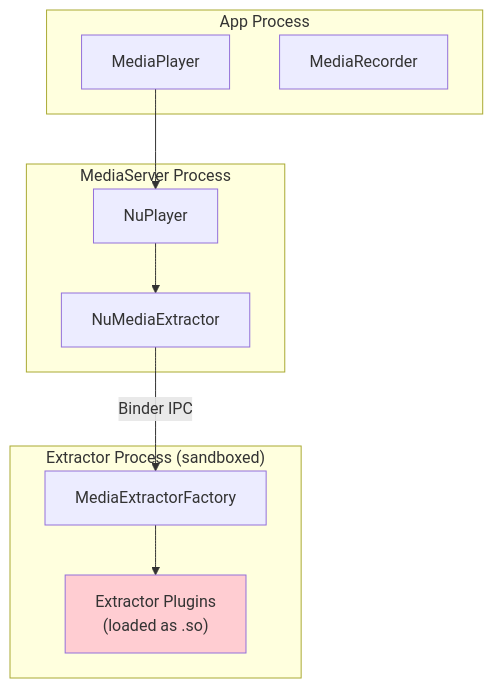
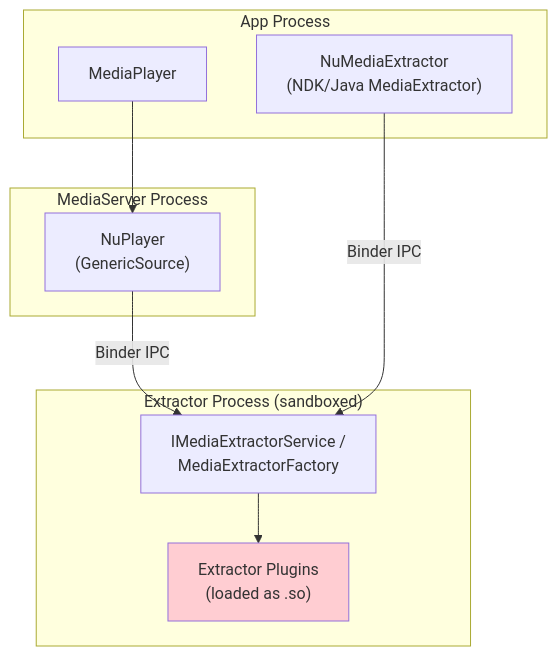
Before and after one commit to aospbooks/aosp-internal-book: diagram 31 of 34 in 16-media-and-camera.md, drawn with Mermaid. The commit also changed other lines of this file and 218 other files, not shown here.

````diff
--- a/16-media-and-camera.md
+++ b/16-media-and-camera.md
@@ -3869,24 +3908,23 @@
 ```mermaid
 graph TD
     subgraph "App Process"
         MP["MediaPlayer"]
-        MR["MediaRecorder"]
+        NME["NuMediaExtractor<br/>(NDK/Java MediaExtractor)"]
     end
 
     subgraph "MediaServer Process"
-        NP["NuPlayer"]
-        NME["NuMediaExtractor"]
+        NP["NuPlayer<br/>(GenericSource)"]
     end
 
     subgraph "Extractor Process (sandboxed)"
-        MEF["MediaExtractorFactory"]
+        MEF["IMediaExtractorService /<br/>MediaExtractorFactory"]
         EP["Extractor Plugins<br/>(loaded as .so)"]
     end
 
     MP --> NP
-    NP --> NME
+    NP -->|"Binder IPC"| MEF
     NME -->|"Binder IPC"| MEF
     MEF --> EP
 
     style EP fill:#ffcdd2
 ```
````
